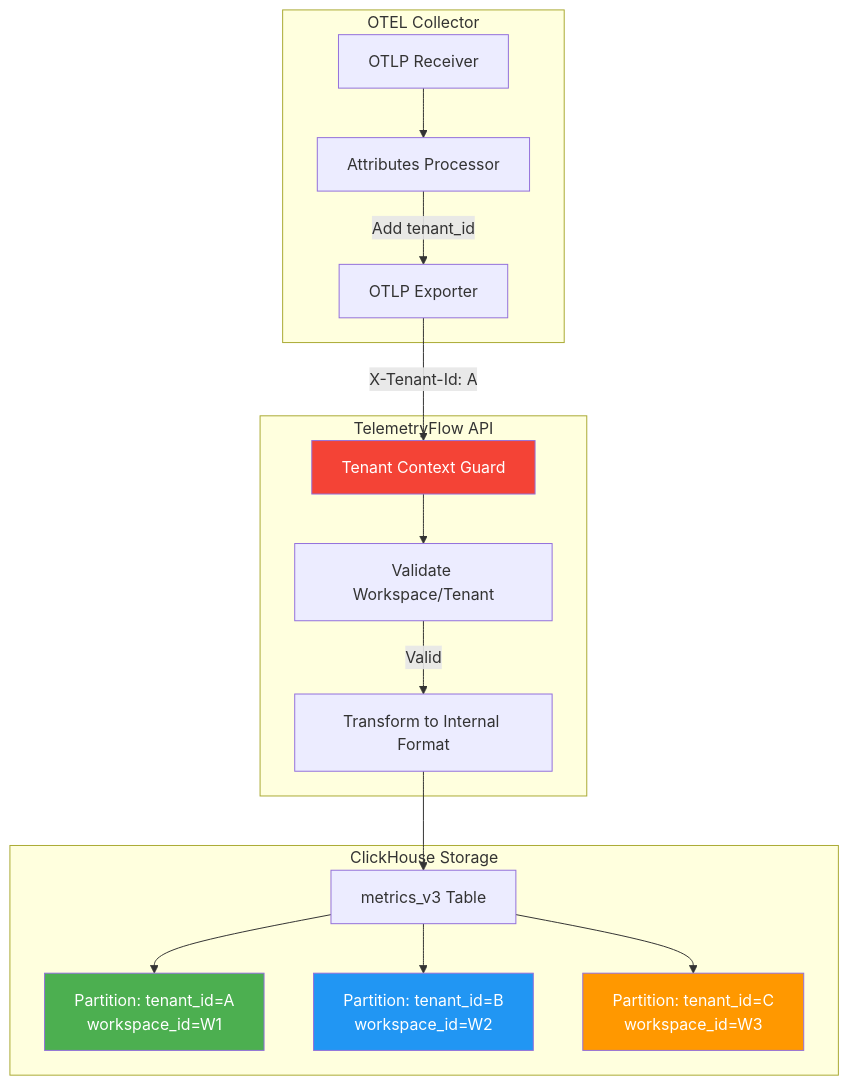
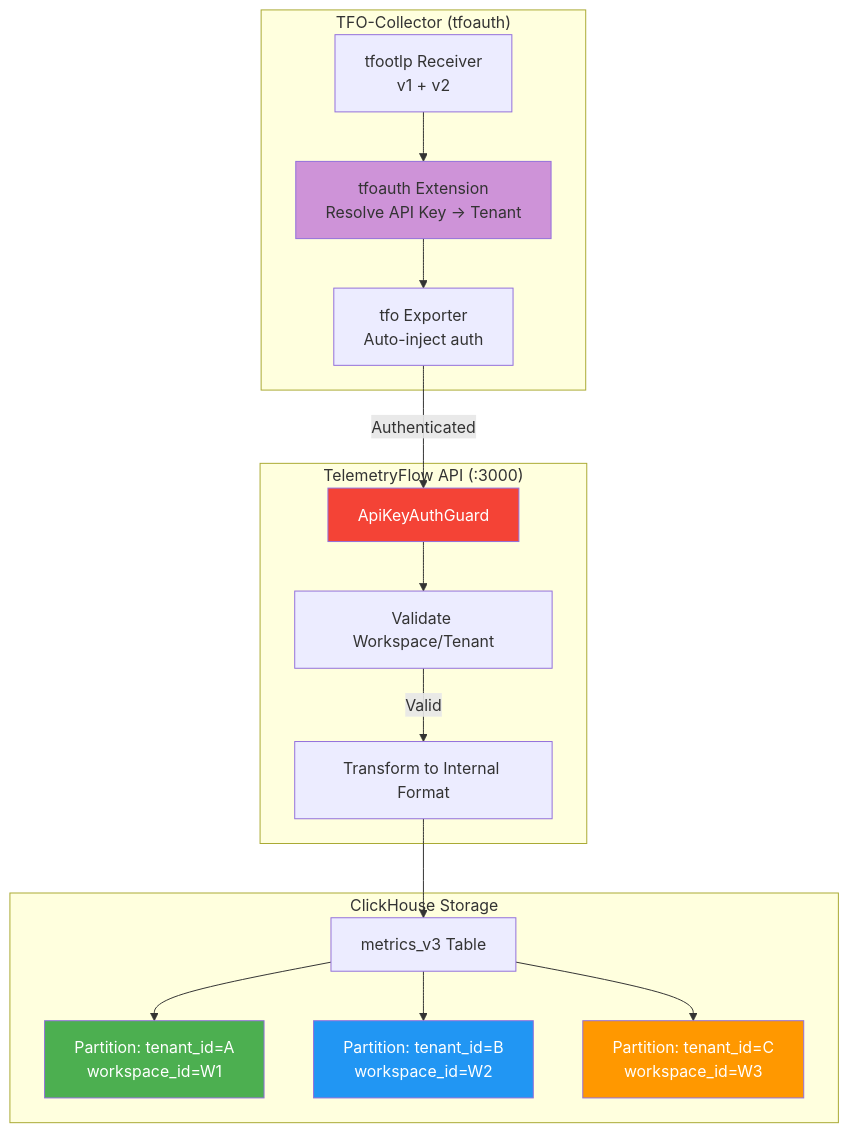
One commit to telemetryflow/telemetryflow-overview changed the eighth of 12 diagrams in tfo-otel/ARCHITECTURE.md. Above: the diagram before and after it, drawn with Mermaid. The commit also changed other lines of this file and 68 other files, not shown here.

````diff
--- a/tfo-otel/ARCHITECTURE.md
+++ b/tfo-otel/ARCHITECTURE.md
@@ -448,36 +406,37 @@
 ```mermaid
 graph TB
-    subgraph "OTEL Collector"
-        RECV[OTLP Receiver]
-        ATTR[Attributes Processor]
-        EXPORT[OTLP Exporter]
+    subgraph "TFO-Collector (tfoauth)"
+        RECV[tfootlp Receiver<br/>v1 + v2]
+        AUTH[tfoauth Extension<br/>Resolve API Key → Tenant]
+        EXPORT[tfo Exporter<br/>Auto-inject auth]
     end
 
-    subgraph "TelemetryFlow API"
-        GUARD[Tenant Context Guard]
+    subgraph "TelemetryFlow API (:3000)"
+        GUARD[ApiKeyAuthGuard]
         VALIDATE[Validate Workspace/Tenant]
         TRANSFORM[Transform to Internal Format]
     end
 
     subgraph "ClickHouse Storage"
         TABLE[metrics_v3 Table]
         PART1[Partition: tenant_id=A<br/>workspace_id=W1]
         PART2[Partition: tenant_id=B<br/>workspace_id=W2]
         PART3[Partition: tenant_id=C<br/>workspace_id=W3]
     end
 
-    RECV --> ATTR
-    ATTR -->|Add tenant_id| EXPORT
-    EXPORT -->|X-Tenant-Id: A| GUARD
+    RECV --> AUTH
+    AUTH --> EXPORT
+    EXPORT -->|Authenticated| GUARD
     GUARD --> VALIDATE
     VALIDATE -->|Valid| TRANSFORM
     TRANSFORM --> TABLE
     TABLE --> PART1
     TABLE --> PART2
     TABLE --> PART3
 
     style GUARD fill:#F44336,color:#fff
+    style AUTH fill:#CE93D8
     style PART1 fill:#4CAF50,color:#fff
     style PART2 fill:#2196F3,color:#fff
     style PART3 fill:#FF9800,color:#fff
 ```
````
